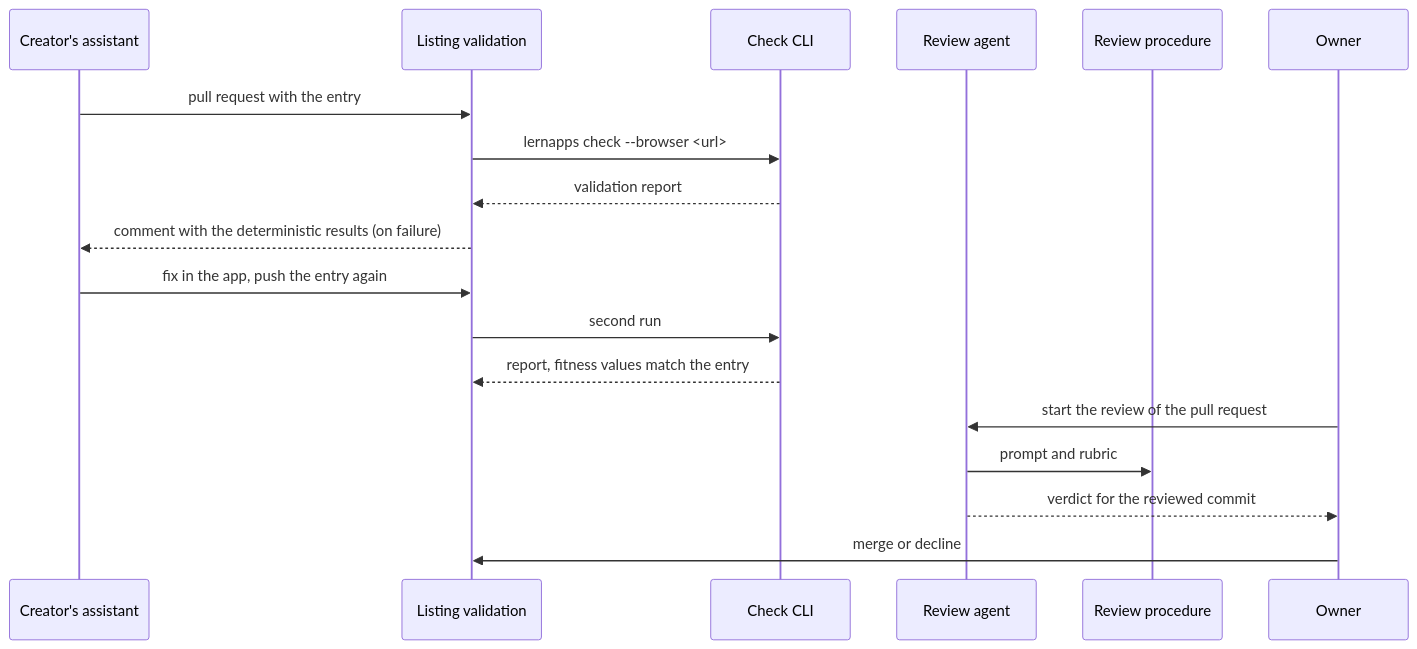
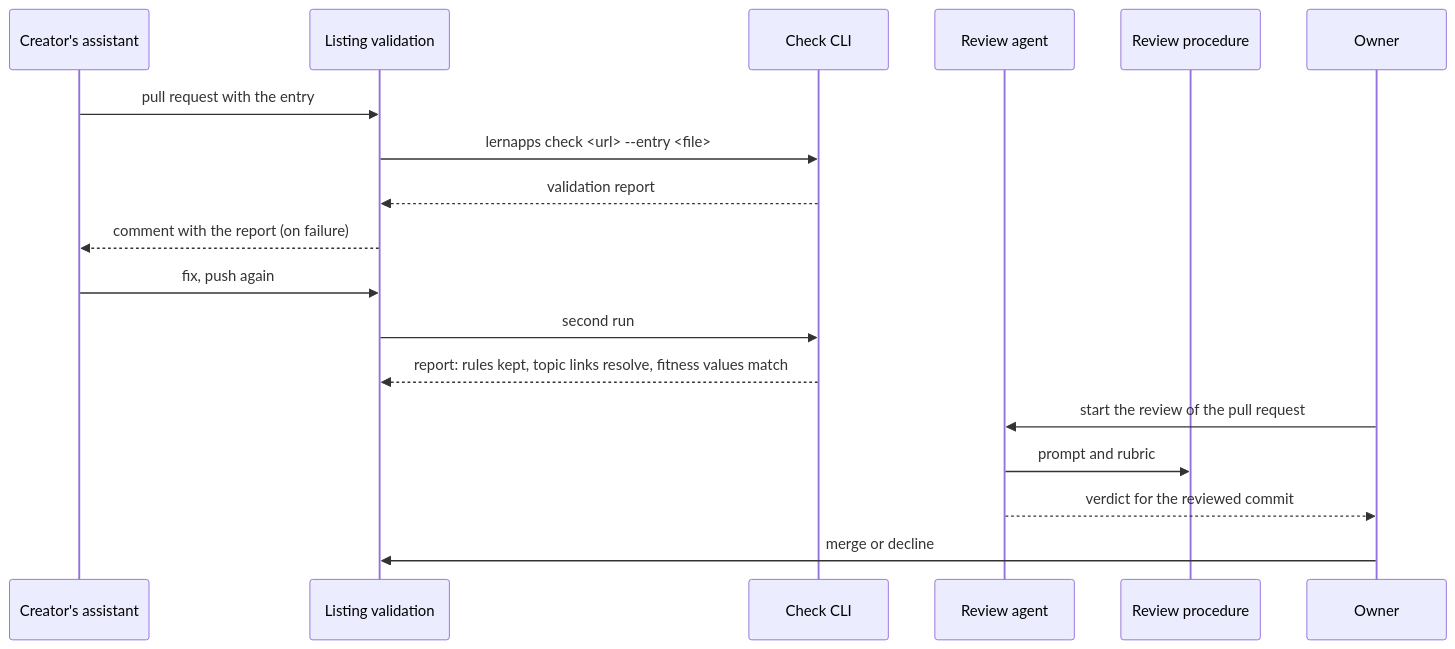
One commit to lernapps/tooling changed the third of 4 diagrams in docs/arc42/06-runtime-view.arc42.md. Above: the diagram before and after it, drawn with Mermaid. The commit also changed other lines of this file and 13 other files, not shown here.

````diff
--- a/docs/arc42/06-runtime-view.arc42.md
+++ b/docs/arc42/06-runtime-view.arc42.md
@@ -122,20 +124,20 @@
 ```mermaid
 sequenceDiagram
     participant assistant as Creator's assistant
     participant listing as Listing validation
     participant check as Check CLI
     participant review as Review agent
     participant procedure as Review procedure
     participant owner as Owner
     assistant->>listing: pull request with the entry
-    listing->>check: lernapps check --browser <url>
+    listing->>check: lernapps check <url> --entry <file>
     check-->>listing: validation report
-    listing-->>assistant: comment with the deterministic results (on failure)
-    assistant->>listing: fix in the app, push the entry again
+    listing-->>assistant: comment with the report (on failure)
+    assistant->>listing: fix, push again
     listing->>check: second run
-    check-->>listing: report, fitness values match the entry
+    check-->>listing: report: rules kept, topic links resolve, fitness values match
     owner->>review: start the review of the pull request
     review->>procedure: prompt and rubric
     review-->>owner: verdict for the reviewed commit
     owner->>listing: merge or decline
 ```
````
